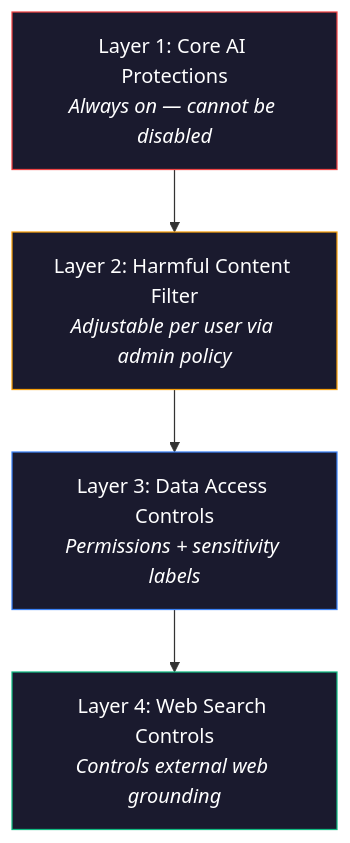
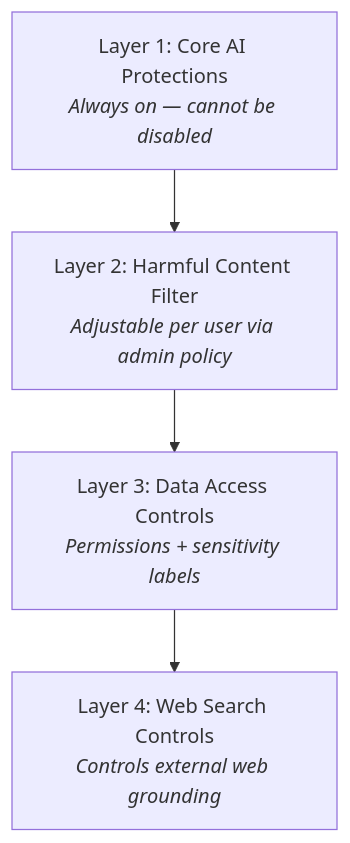
Before and after one commit to susanthgit/aguidetocloud-revamp: the first of 4 diagrams in content/blog/microsoft-365-copilot-content-safety-controls-complete-guide-for-admins.md, drawn with Mermaid. The commit also changed other lines of this file and 553 other files, not shown here.

First line of the commit message:
🌸 Z17: Zen Mermaid diagrams — Stripe Docs style

````diff
--- a/content/blog/microsoft-365-copilot-content-safety-controls-complete-guide-for-admins.md
+++ b/content/blog/microsoft-365-copilot-content-safety-controls-complete-guide-for-admins.md
@@ -100,11 +100,7 @@
 ```mermaid
 flowchart TD
     A["Layer 1: Core AI Protections<br/><i>Always on — cannot be disabled</i>"] --> B["Layer 2: Harmful Content Filter<br/><i>Adjustable per user via admin policy</i>"]
     B --> C["Layer 3: Data Access Controls<br/><i>Permissions + sensitivity labels</i>"]
     C --> D["Layer 4: Web Search Controls<br/><i>Controls external web grounding</i>"]
     
-    style A fill:#1a1a2e,stroke:#EF4444,color:#fff
-    style B fill:#1a1a2e,stroke:#F59E0B,color:#fff
-    style C fill:#1a1a2e,stroke:#3B82F6,color:#fff
-    style D fill:#1a1a2e,stroke:#10B981,color:#fff
 ```
````
